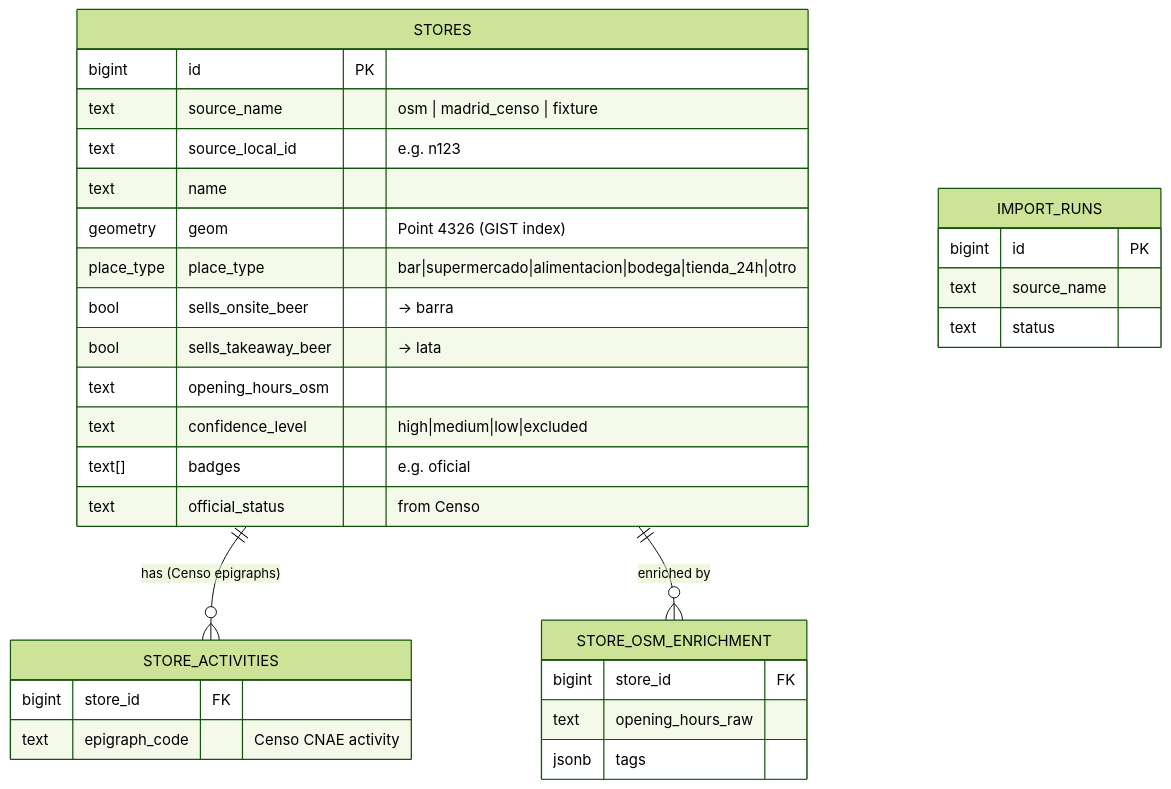
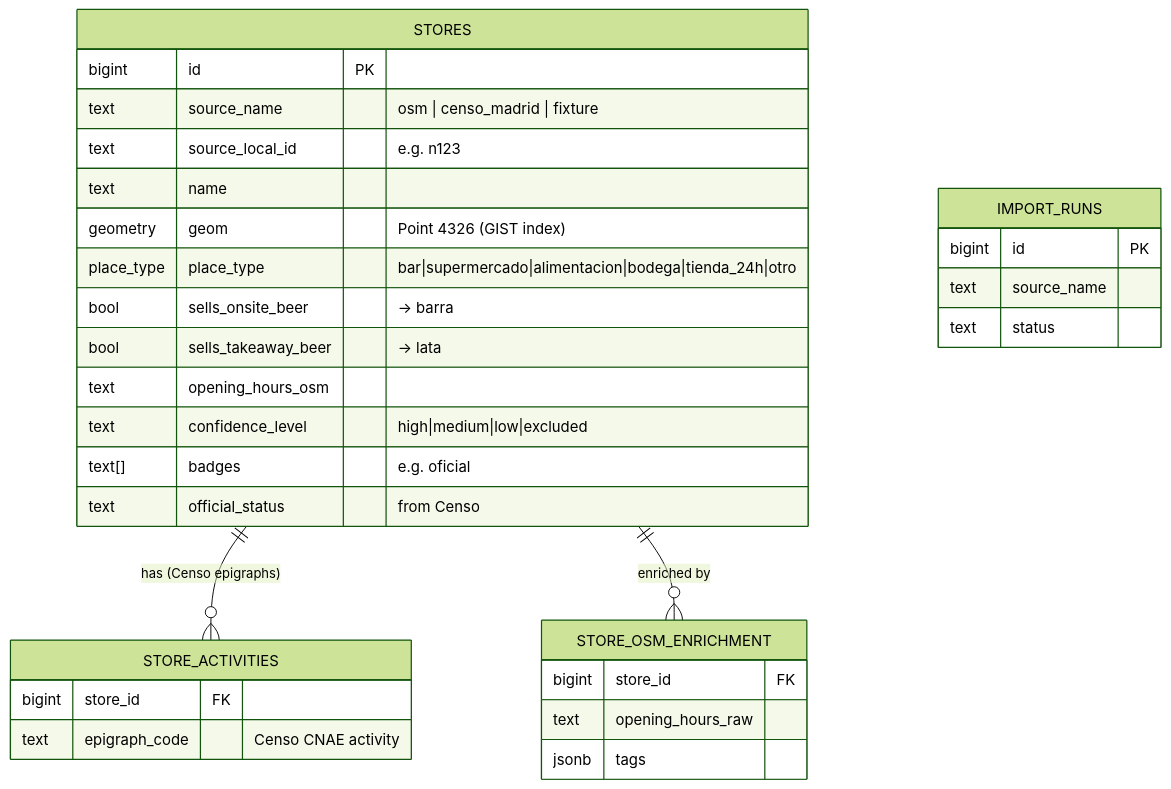
The fourth of 6 diagrams in docs/00-overview.md (portiaove/cervezadonde), drawn with Mermaid (forest theme) before and after one commit. The commit also changed other lines of this file and 8 other files, not shown here.

````diff
--- a/docs/00-overview.md
+++ b/docs/00-overview.md
@@ -135,33 +135,33 @@
 ```mermaid
 erDiagram
   STORES {
     bigint id PK
-    text source_name "osm | madrid_censo | fixture"
+    text source_name "osm | censo_madrid | fixture"
     text source_local_id "e.g. n123"
     text name
     geometry geom "Point 4326 (GIST index)"
     place_type place_type "bar|supermercado|alimentacion|bodega|tienda_24h|otro"
     bool sells_onsite_beer "→ barra"
     bool sells_takeaway_beer "→ lata"
     text opening_hours_osm
     text confidence_level "high|medium|low|excluded"
     text[] badges "e.g. oficial"
     text official_status "from Censo"
   }
   STORE_ACTIVITIES {
     bigint store_id FK
     text epigraph_code "Censo CNAE activity"
   }
   STORE_OSM_ENRICHMENT {
     bigint store_id FK
     text opening_hours_raw
     jsonb tags
   }
   IMPORT_RUNS {
     bigint id PK
     text source_name
     text status
   }
   STORES ||--o{ STORE_ACTIVITIES : "has (Censo epigraphs)"
   STORES ||--o{ STORE_OSM_ENRICHMENT : "enriched by"
 ```
````
